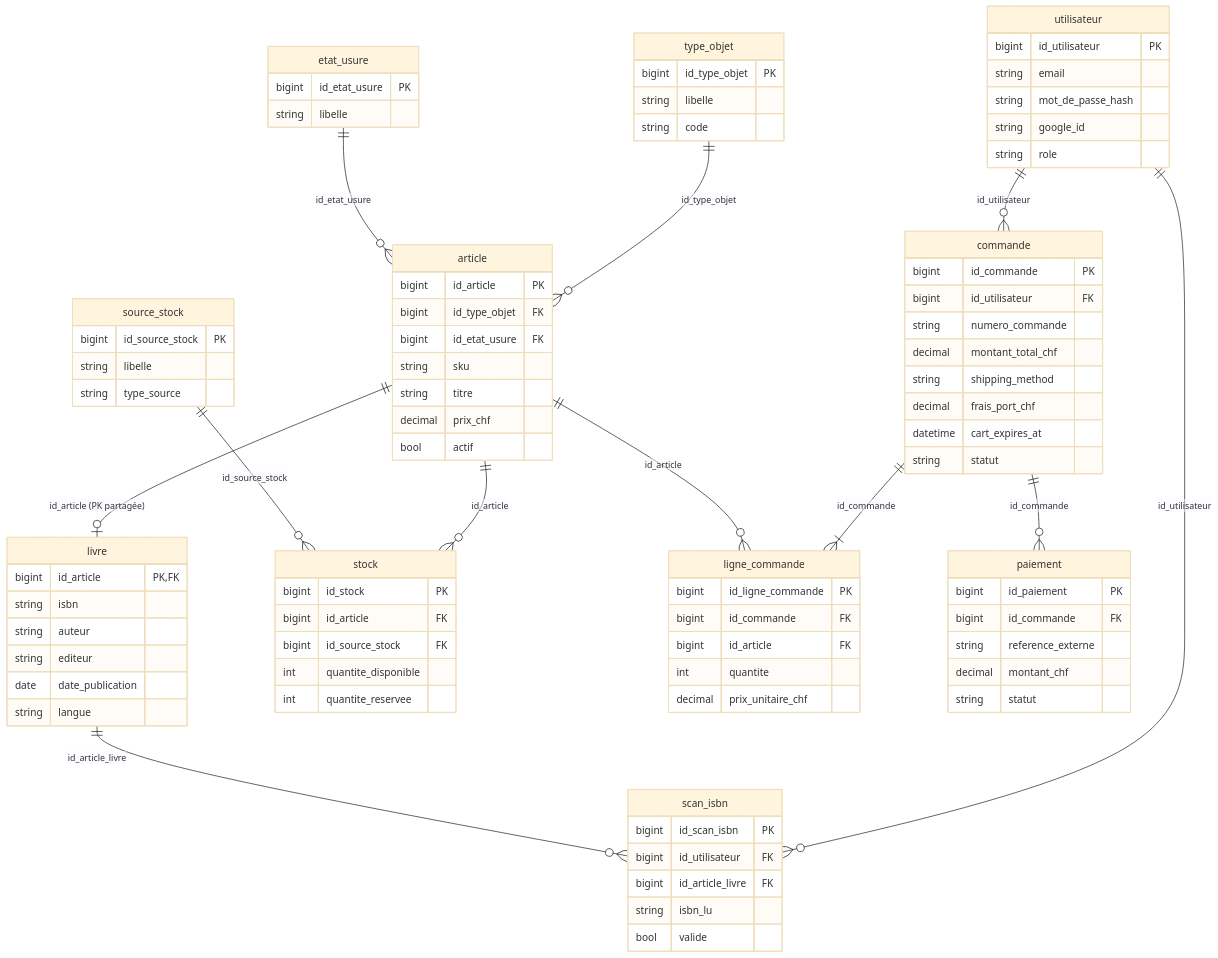
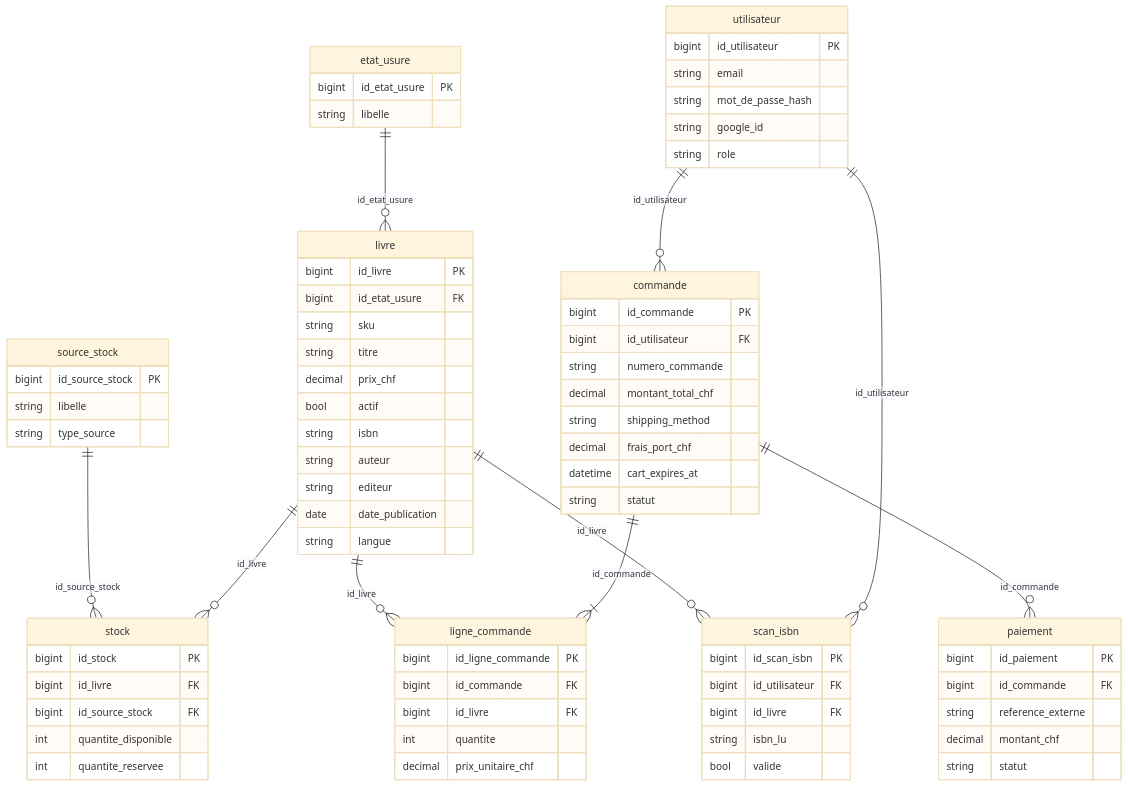
Before and after one commit to Visualstudiocodetest/caribooks: the diagram in diagrams/mld.mmd, drawn with Mermaid (base theme). The commit also changed 59 other files, not shown here.

```diff
--- a/diagrams/mld.mmd
+++ b/diagrams/mld.mmd
@@ -1,90 +1,79 @@
-%% Modèle Logique de Données (MLD) — 11 tables MySQL
+%% Modèle Logique de Données (MLD) — CARIBOOKS (livre autonome, sans héritage de table)
 erDiagram
-    type_objet ||--o{ article : "id_type_objet"
-    etat_usure ||--o{ article : "id_etat_usure"
-    article ||--o| livre : "id_article (PK partagée)"
-    article ||--o{ stock : "id_article"
+    etat_usure ||--o{ livre : "id_etat_usure"
+    livre ||--o{ stock : "id_livre"
     source_stock ||--o{ stock : "id_source_stock"
     utilisateur ||--o{ commande : "id_utilisateur"
     commande ||--|{ ligne_commande : "id_commande"
-    article ||--o{ ligne_commande : "id_article"
+    livre ||--o{ ligne_commande : "id_livre"
     commande ||--o{ paiement : "id_commande"
     utilisateur ||--o{ scan_isbn : "id_utilisateur"
-    livre ||--o{ scan_isbn : "id_article_livre"
+    livre ||--o{ scan_isbn : "id_livre"
 
-    type_objet {
-        bigint id_type_objet PK
-        string libelle
-        string code
-    }
     etat_usure {
         bigint id_etat_usure PK
         string libelle
     }
     source_stock {
         bigint id_source_stock PK
         string libelle
         string type_source
     }
-    article {
-        bigint id_article PK
-        bigint id_type_objet FK
+    livre {
+        bigint id_livre PK
         bigint id_etat_usure FK
         string sku
         string titre
         decimal prix_chf
         bool actif
-    }
-    livre {
-        bigint id_article PK,FK
         string isbn
         string auteur
         string editeur
         date date_publication
         string langue
     }
     stock {
         bigint id_stock PK
-        bigint id_article FK
+        bigint id_livre FK
         bigint id_source_stock FK
         int quantite_disponible
         int quantite_reservee
     }
     utilisateur {
         bigint id_utilisateur PK
         string email
         string mot_de_passe_hash
         string google_id
         string role
     }
     commande {
         bigint id_commande PK
         bigint id_utilisateur FK
         string numero_commande
         decimal montant_total_chf
         string shipping_method
         decimal frais_port_chf
         datetime cart_expires_at
         string statut
     }
     ligne_commande {
         bigint id_ligne_commande PK
         bigint id_commande FK
-        bigint id_article FK
+        bigint id_livre FK
         int quantite
         decimal prix_unitaire_chf
     }
     paiement {
         bigint id_paiement PK
         bigint id_commande FK
         string reference_externe
         decimal montant_chf
         string statut
     }
     scan_isbn {
         bigint id_scan_isbn PK
         bigint id_utilisateur FK
-        bigint id_article_livre FK
+        bigint id_livre FK
         string isbn_lu
         bool valide
     }
```
